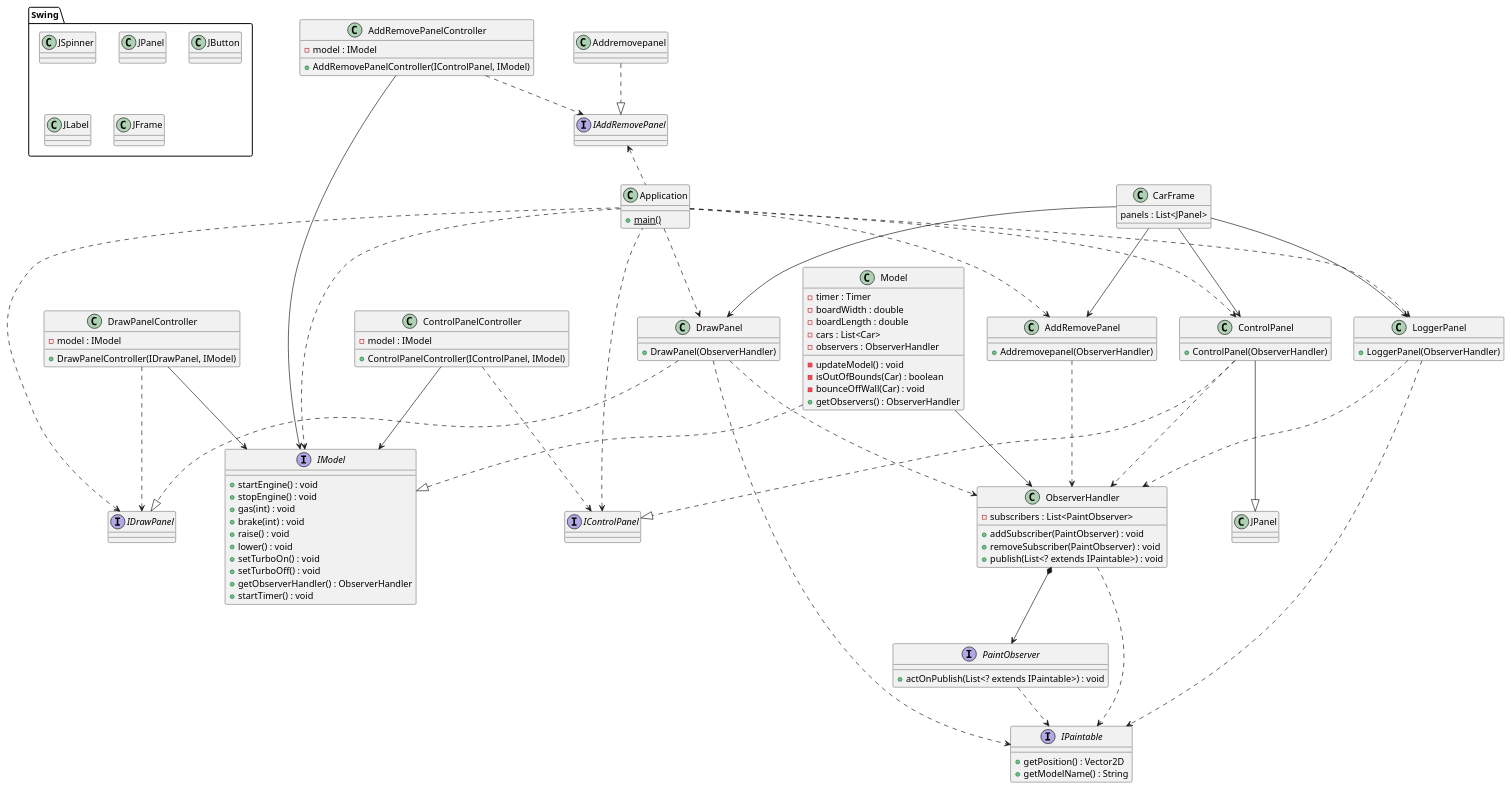
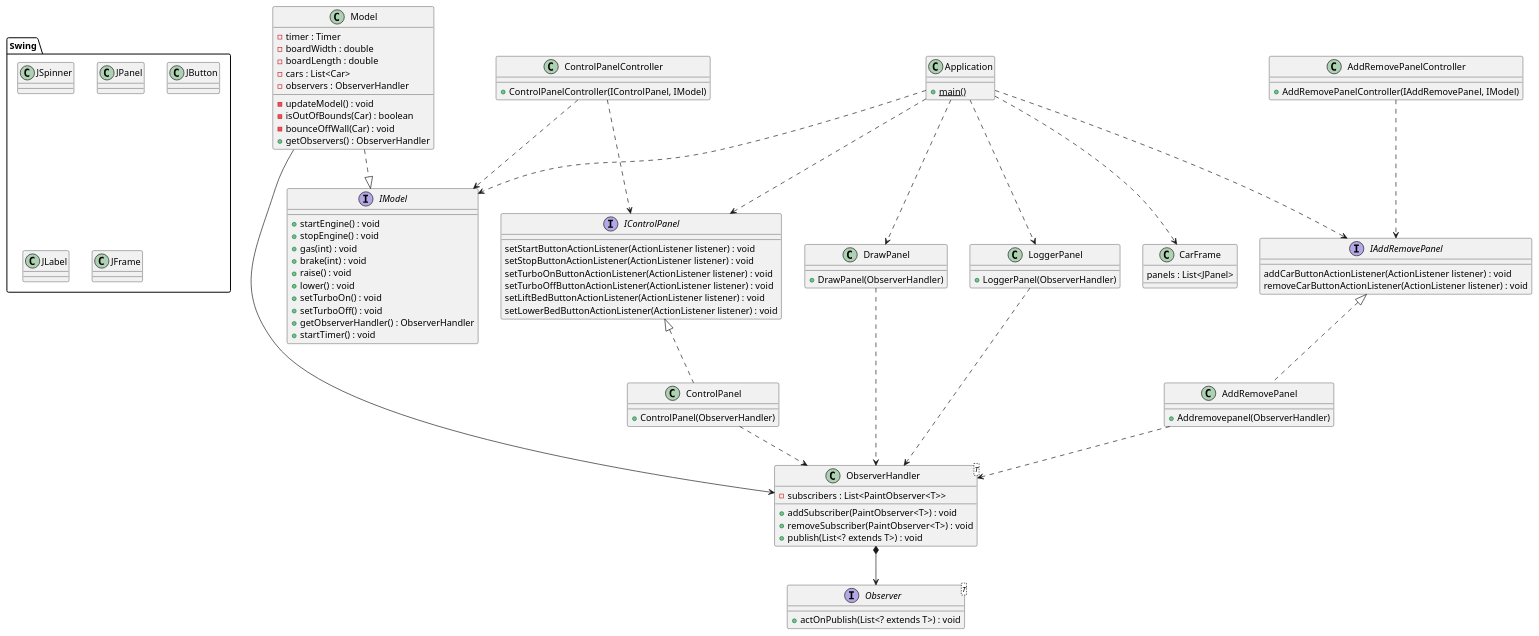
The diagram in src/Uppgift2UI.puml (Yogaledare/dit953-lab2), drawn with PlantUML before and after one commit. The commit also changed 6 other files, not shown here.

```diff
--- a/src/Uppgift2UI.puml
+++ b/src/Uppgift2UI.puml
@@ -1,144 +1,118 @@
 @startuml
 'https://plantuml.com/sequence-diagram
 
 class Application{
     {static}+main()
 }
 Application ..> IModel
+Application ..> CarFrame
 
 Application ..> DrawPanel
-Application ..> ControlPanel
-Application ..> AddRemovePanel
+Application ..> IControlPanel
+Application ..> IAddRemovePanel
 Application ..> LoggerPanel
 
-IDrawPanel <.. Application
-IControlPanel <.. Application
-IAddRemovePanel <.. Application
 
 class Model{
     -timer : Timer
     -boardWidth : double
     -boardLength : double
     -cars : List<Car>
     -observers : ObserverHandler
     -updateModel() : void
     -isOutOfBounds(Car) : boolean
     -bounceOffWall(Car) : void
     +getObservers() : ObserverHandler
 }
 Model ..|> IModel
 Model --> ObserverHandler
 
 interface IModel{
     +startEngine() : void
     +stopEngine() : void
     +gas(int) : void
     +brake(int) : void
     +raise() : void
     +lower() : void
     +setTurboOn() : void
     +setTurboOff() : void
     +getObserverHandler() : ObserverHandler
     +startTimer() : void
 }
 
-class ObserverHandler{
-    - subscribers : List<PaintObserver>
-    + addSubscriber(PaintObserver) : void
-    + removeSubscriber(PaintObserver) : void
-    + publish(List<? extends IPaintable>) : void
+class ObserverHandler<T>{
+    - subscribers : List<PaintObserver<T>>
+    + addSubscriber(PaintObserver<T>) : void
+    + removeSubscriber(PaintObserver<T>) : void
+    + publish(List<? extends T>) : void
 }
-ObserverHandler ..> IPaintable
-ObserverHandler *--> PaintObserver
+ObserverHandler *--> Observer
 
-interface PaintObserver{
-    + actOnPublish(List<? extends IPaintable>) : void
+interface Observer<T>{
+    + actOnPublish(List<? extends T>) : void
 }
-PaintObserver ..> IPaintable
-
-interface IPaintable {
-    +getPosition() : Vector2D
-    +getModelName() : String
-}
-
-
 
 class CarFrame{
     panels : List<JPanel>
 }
-CarFrame --> DrawPanel
-CarFrame --> ControlPanel
-CarFrame --> LoggerPanel
-CarFrame --> AddRemovePanel
+
 
 class DrawPanel{
     +DrawPanel(ObserverHandler)
 }
 DrawPanel ..> ObserverHandler
-DrawPanel ..> IPaintable
-DrawPanel ..|> IDrawPanel
 
 class ControlPanel{
     +ControlPanel(ObserverHandler)
 }
 ControlPanel ..> ObserverHandler
-ControlPanel --|> JPanel
-ControlPanel ..|> IControlPanel
+IControlPanel <|.. ControlPanel
 
 class LoggerPanel{
     +LoggerPanel(ObserverHandler)
 }
 LoggerPanel ..> ObserverHandler
-LoggerPanel ..> IPaintable
 
 
 class AddRemovePanel{
     +Addremovepanel(ObserverHandler)
 }
 AddRemovePanel ..> ObserverHandler
-Addremovepanel ..|> IAddRemovePanel
+IAddRemovePanel <|.. AddRemovePanel
 
-interface IDrawPanel{
-
+interface IControlPanel{
+    setStartButtonActionListener(ActionListener listener) : void
+    setStopButtonActionListener(ActionListener listener) : void
+    setTurboOnButtonActionListener(ActionListener listener) : void
+    setTurboOffButtonActionListener(ActionListener listener) : void
+    setLiftBedButtonActionListener(ActionListener listener) : void
+    setLowerBedButtonActionListener(ActionListener listener) : void
 }
 
-interface IControlPanel{
-
+interface IAddRemovePanel {
+    addCarButtonActionListener(ActionListener listener) : void
+    removeCarButtonActionListener(ActionListener listener) : void
 }
 
-interface IAddRemovePanel{
-
-}
-
-class DrawPanelController{
-    -model : IModel
-    +DrawPanelController(IDrawPanel, IModel)
-}
-DrawPanelController ..> IDrawPanel
-DrawPanelController --> IModel
-
 class ControlPanelController{
-    -model : IModel
     +ControlPanelController(IControlPanel, IModel)
 }
 ControlPanelController ..> IControlPanel
-ControlPanelController --> IModel
+ControlPanelController ..> IModel
 
 class AddRemovePanelController{
-    -model : IModel
-    +AddRemovePanelController(IControlPanel, IModel)
+    +AddRemovePanelController(IAddRemovePanel, IModel)
 }
 AddRemovePanelController ..> IAddRemovePanel
-AddRemovePanelController --> IModel
 
 
 
 package Swing {
     class JSpinner{}
     class JPanel{}
     class JButton {}
     class JLabel {}
     class JFrame {}
 }
 
 @enduml
```
